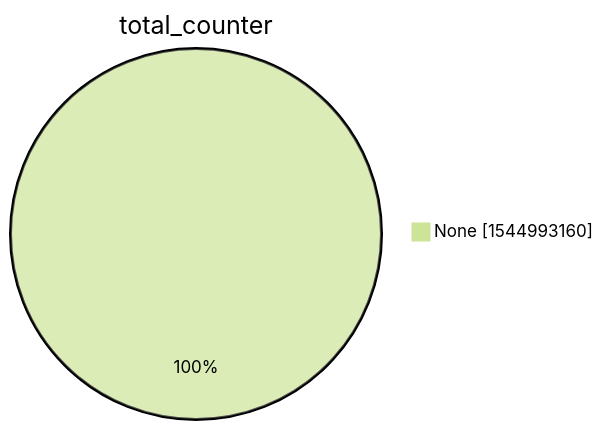
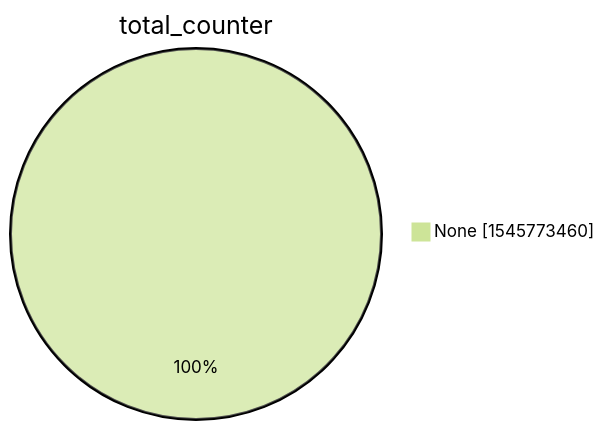
The second of 15 diagrams in xenon2022/README.md (christiankrug/ctmonitor_visualization), drawn with Mermaid (forest theme) before and after one commit. The commit also changed other lines of this file, not shown here.

````diff
--- a/xenon2022/README.md
+++ b/xenon2022/README.md
@@ -9,5 +9,5 @@
 ```mermaid
 pie showData
 title total_counter
-"None" :1544993160
+"None" :1545773460
 ```
````
